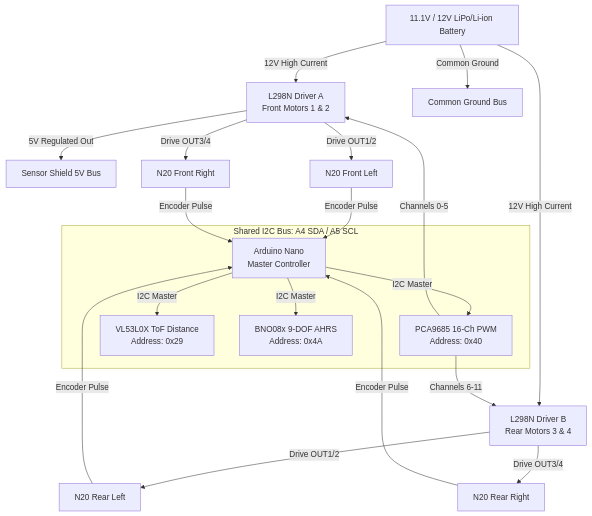
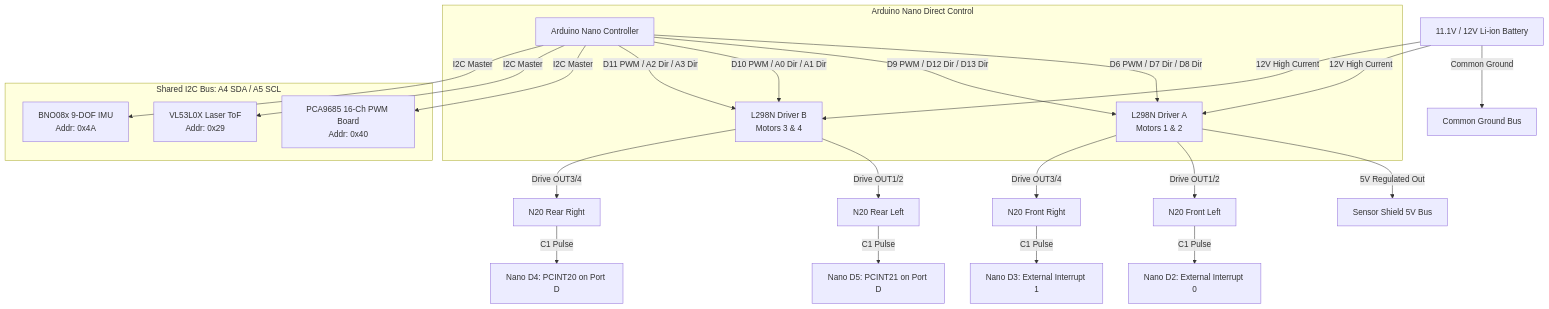
One commit to skibidi1919/IIT-RB2 changed the diagram in IIT-RB2-main/README.md. Above: the diagram before and after it, drawn with Mermaid. The commit also changed other lines of this file and 16 other files, not shown here.

````diff
--- a/IIT-RB2-main/README.md
+++ b/IIT-RB2-main/README.md
@@ -13,27 +15,32 @@
 ```mermaid
 graph TD
-    Batt[11.1V / 12V LiPo/Li-ion Battery] -->|12V High Current| L298NA[L298N Driver A<br>Front Motors 1 & 2]
-    Batt -->|12V High Current| L298NB[L298N Driver B<br>Rear Motors 3 & 4]
+    Batt[11.1V / 12V Li-ion Battery] -->|12V High Current| L298NA[L298N Driver A<br>Motors 1 & 2]
+    Batt -->|12V High Current| L298NB[L298N Driver B<br>Motors 3 & 4]
     
     L298NA -->|5V Regulated Out| Shield5V[Sensor Shield 5V Bus]
     Batt -->|Common Ground| GNDBus[Common Ground Bus]
     
-    subgraph I2C_Bus [Shared I2C Bus: A4 SDA / A5 SCL]
-        Nano[Arduino Nano<br>Master Controller] -->|I2C Master| PCA[PCA9685 16-Ch PWM<br>Address: 0x40]
-        Nano -->|I2C Master| TOF[VL53L0X ToF Distance<br>Address: 0x29]
-        Nano -->|I2C Master| IMU[BNO08x 9-DOF AHRS<br>Address: 0x4A]
+    subgraph Nano_Direct_Control [Arduino Nano Direct Control]
+        Nano[Arduino Nano Controller]
+        Nano -->|D6 PWM / D7 Dir / D8 Dir| L298NA
+        Nano -->|D9 PWM / D12 Dir / D13 Dir| L298NA
+        Nano -->|D10 PWM / A0 Dir / A1 Dir| L298NB
+        Nano -->|D11 PWM / A2 Dir / A3 Dir| L298NB
     end
 
-    PCA -->|Channels 0-5| L298NA
-    PCA -->|Channels 6-11| L298NB
-    
+    subgraph I2C_Bus [Shared I2C Bus: A4 SDA / A5 SCL]
+        Nano -->|I2C Master| PCA[PCA9685 16-Ch PWM Board<br>Addr: 0x40]
+        Nano -->|I2C Master| TOF[VL53L0X Laser ToF<br>Addr: 0x29]
+        Nano -->|I2C Master| IMU[BNO08x 9-DOF IMU<br>Addr: 0x4A]
+    end
+
     L298NA -->|Drive OUT1/2| M1[N20 Front Left]
     L298NA -->|Drive OUT3/4| M2[N20 Front Right]
     L298NB -->|Drive OUT1/2| M3[N20 Rear Left]
     L298NB -->|Drive OUT3/4| M4[N20 Rear Right]
     
-    M1 -->|Encoder Pulse| Nano
-    M2 -->|Encoder Pulse| Nano
-    M3 -->|Encoder Pulse| Nano
-    M4 -->|Encoder Pulse| Nano
+    M1 -->|C1 Pulse| D2_Pin[Nano D2: External Interrupt 0]
+    M2 -->|C1 Pulse| D3_Pin[Nano D3: External Interrupt 1]
+    M3 -->|C1 Pulse| D5_Pin[Nano D5: PCINT21 on Port D]
+    M4 -->|C1 Pulse| D4_Pin[Nano D4: PCINT20 on Port D]
 ```
````
